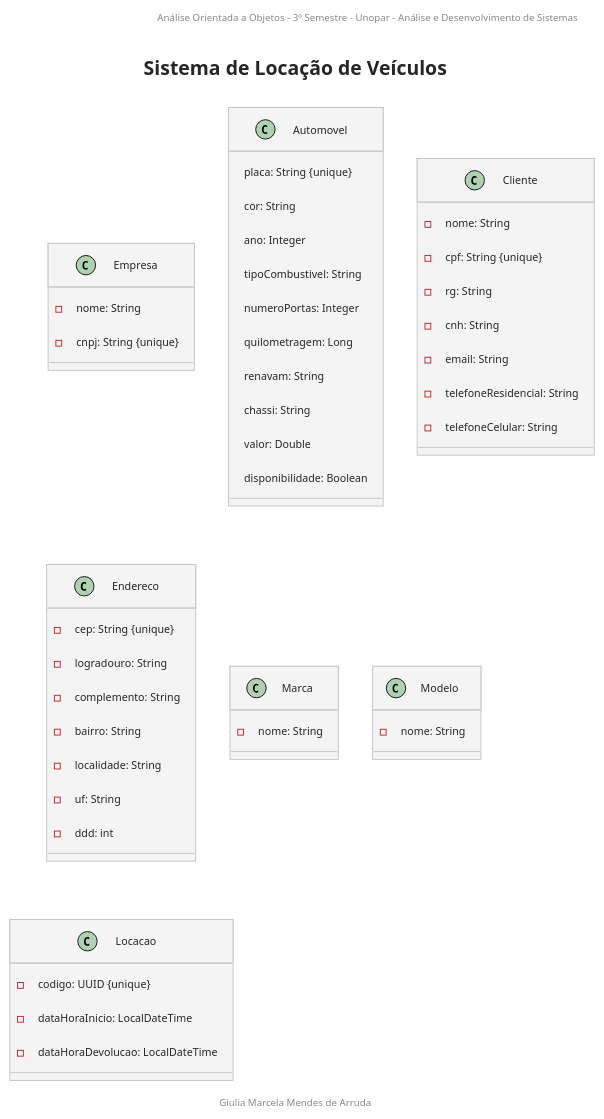
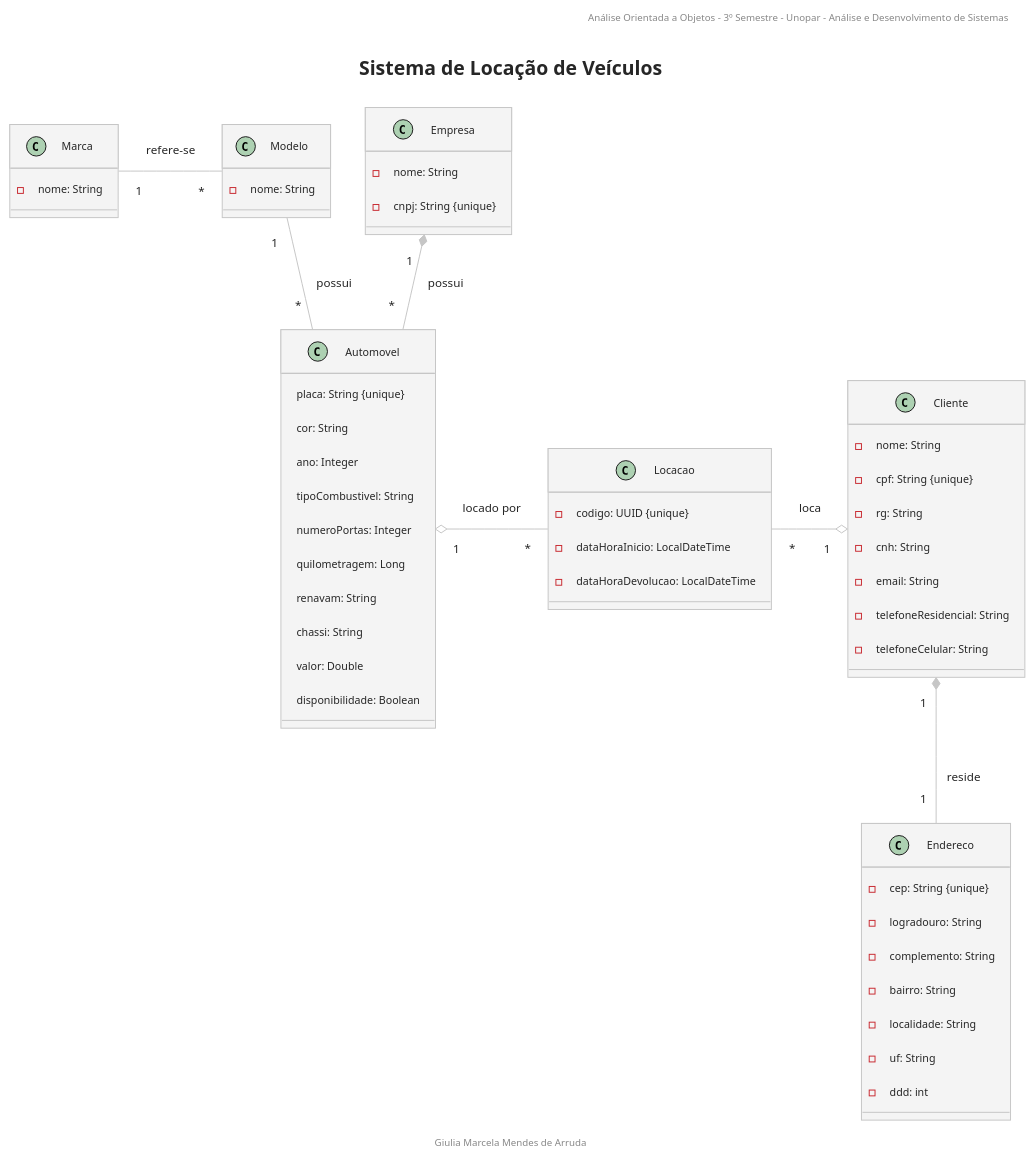
Before and after one commit to GiuliaMarcela/vehicle-rental-ooa: the diagram in diagrama_locacao_veiculos.puml, drawn with PlantUML.

Commit message:
feat: add relationship between classes

```diff
--- a/diagrama_locacao_veiculos.puml
+++ b/diagrama_locacao_veiculos.puml
@@ -1,62 +1,69 @@
 @startuml
 header Análise Orientada a Objetos - 3º Semestre - Unopar - Análise e Desenvolvimento de Sistemas
 
 title Sistema de Locação de Veículos
 
 footer Giulia Marcela Mendes de Arruda
 
 !theme carbon-gray
 
 class Empresa {
   - nome: String
   - cnpj: String {unique}
 }
 
 class Automovel {
   placa: String {unique}
   cor: String
   ano: Integer
   tipoCombustivel: String
   numeroPortas: Integer
   quilometragem: Long
   renavam: String
   chassi: String
   valor: Double
   disponibilidade: Boolean
 }
 
 class Cliente {
   - nome: String
   - cpf: String {unique}
   - rg: String
   - cnh: String
   - email: String
   - telefoneResidencial: String
   - telefoneCelular: String
 }
 
 class Endereco {
   - cep: String {unique}
   - logradouro: String
   - complemento: String
   - bairro: String
   - localidade: String
   - uf: String
   - ddd: int
 }
 
 class Marca {
   - nome: String
 }
 
 class Modelo {
   - nome: String
 }
 
 class Locacao {
   - codigo: UUID {unique}
   - dataHoraInicio: LocalDateTime
   - dataHoraDevolucao: LocalDateTime
 }
 
+Empresa "1" *-- "*" Automovel : possui
+Cliente "1" *-- "1" Endereco : reside
+Modelo "1" -- "*" Automovel : possui
+Marca "1" - "*" Modelo : refere-se
+Automovel "1" o- "*" Locacao : locado por 
+Locacao "*" -o "1" Cliente : loca
+
 @enduml
```
